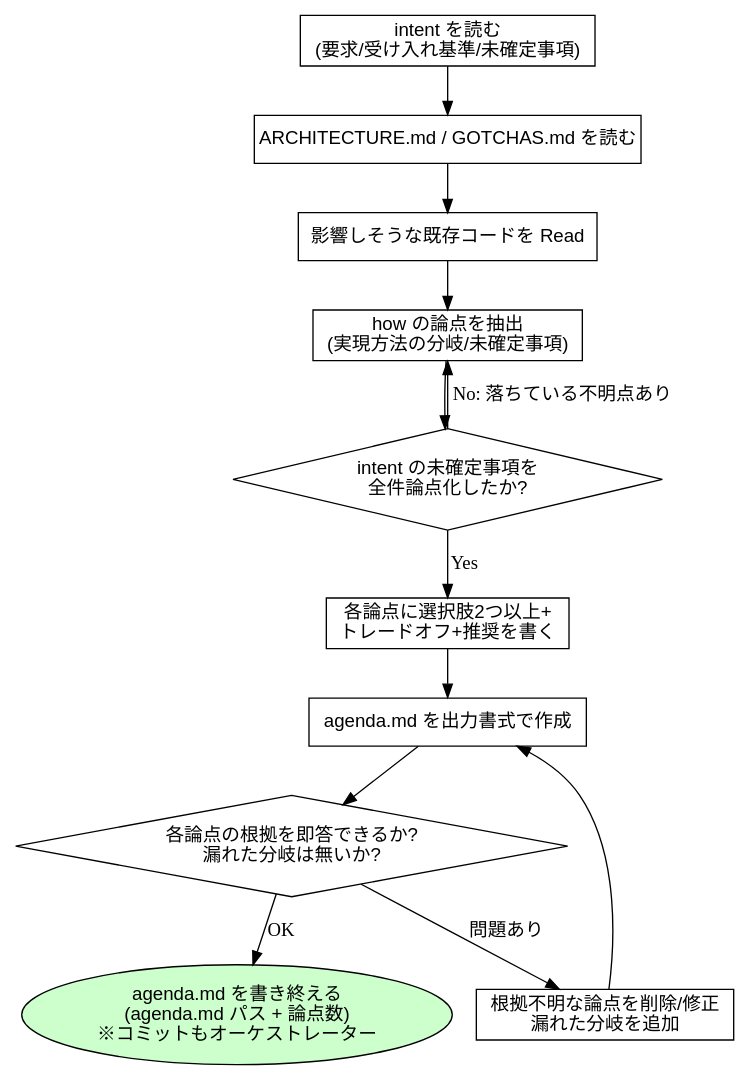
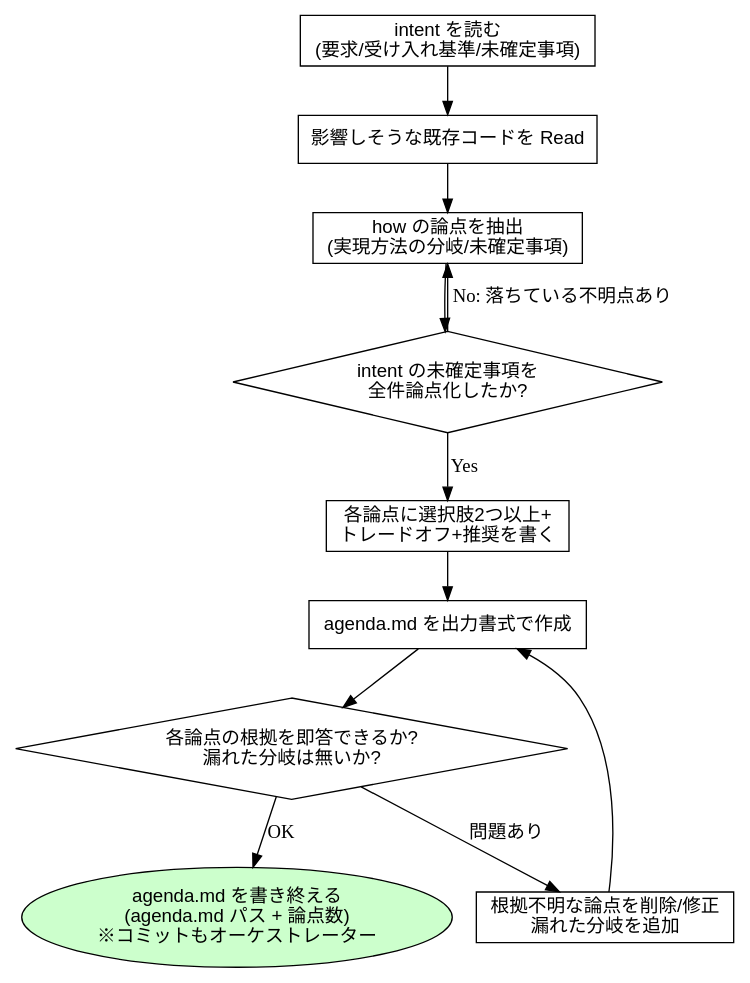
The first of 14 diagrams in plugins/codiel/docs/skill-flowcharts.md (Amatsuka-kobo/amatsuka-claude-plugins), drawn with Graphviz before and after one commit. The commit also changed other lines of this file and 20 other files, not shown here.

First line of the commit message:
fix(codiel): ARCHITECTURE と GOTCHAS を読ませる規則を指示層から外し、レビューの所見を直す

````diff
--- a/plugins/codiel/docs/skill-flowcharts.md
+++ b/plugins/codiel/docs/skill-flowcharts.md
@@ -8,25 +8,24 @@
 ```dot
 digraph preparing_design_agendas {
   rankdir=TB;
   node [fontname="sans-serif"];
 
   read_issue [label="intent を読む\n(要求/受け入れ基準/未確定事項)", shape=box];
-  read_docs [label="ARCHITECTURE.md / GOTCHAS.md を読む", shape=box];
   read_code [label="影響しそうな既存コードを Read", shape=box];
   extract [label="how の論点を抽出\n(実現方法の分岐/未確定事項)", shape=box];
   unknowns [label="intent の未確定事項を\n全件論点化したか?", shape=diamond];
   options [label="各論点に選択肢2つ以上+\nトレードオフ+推奨を書く", shape=box];
   write [label="agenda.md を出力書式で作成", shape=box];
   selfcheck [label="各論点の根拠を即答できるか?\n漏れた分岐は無いか?", shape=diamond];
   fix [label="根拠不明な論点を削除/修正\n漏れた分岐を追加", shape=box];
   done [label="agenda.md を書き終える\n(agenda.md パス + 論点数)\n※コミットもオーケストレーター", shape=ellipse, style=filled, fillcolor="#ccffcc"];
 
-  read_issue -> read_docs -> read_code -> extract -> unknowns;
+  read_issue -> read_code -> extract -> unknowns;
   unknowns -> extract [label="No: 落ちている不明点あり"];
   unknowns -> options [label="Yes"];
   options -> write -> selfcheck;
   selfcheck -> fix [label="問題あり"];
   fix -> write;
   selfcheck -> done [label="OK"];
 }
 ```
````
